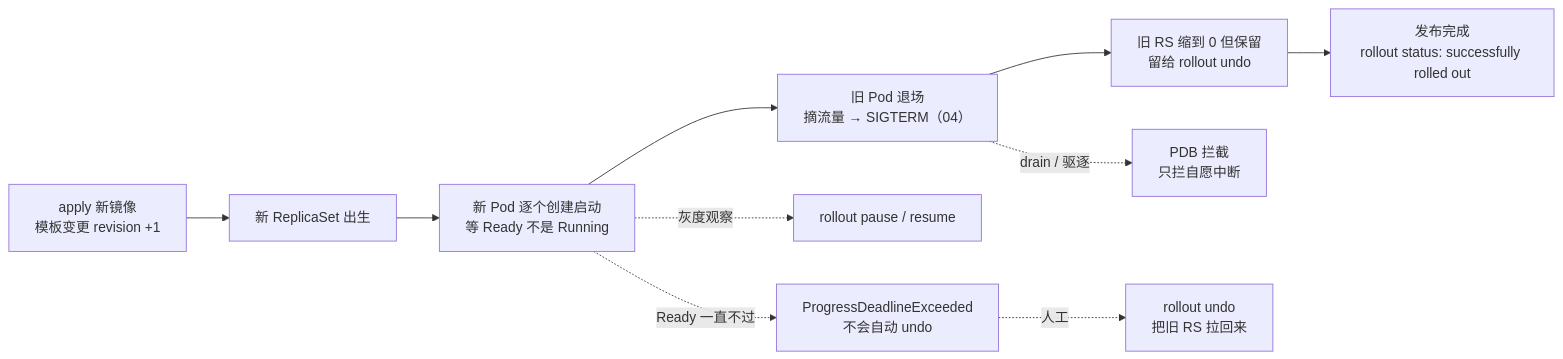
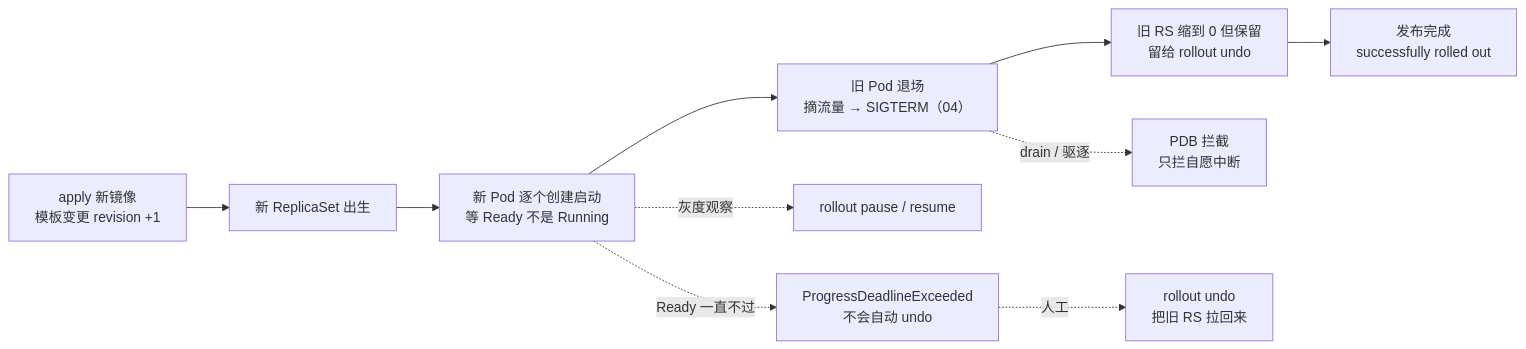
Before and after one commit to ml-cuizijun/LearnToLilith: the first of 7 diagrams in 03-Kubernetes/05-工作负载控制器/知识点.md, drawn with Mermaid. The commit also changed other lines of this file and 178 other files, not shown here.

````diff
--- a/03-Kubernetes/05-工作负载控制器/知识点.md
+++ b/03-Kubernetes/05-工作负载控制器/知识点.md
@@ -19,12 +14,12 @@
 ```mermaid
 flowchart LR
     A["apply 新镜像<br/>模板变更 revision +1"] --> B["新 ReplicaSet 出生"]
     B --> C["新 Pod 逐个创建启动<br/>等 Ready 不是 Running"]
     C --> D["旧 Pod 退场<br/>摘流量 → SIGTERM（04）"]
     D --> E["旧 RS 缩到 0 但保留<br/>留给 rollout undo"]
-    E --> F["发布完成<br/>rollout status: successfully rolled out"]
+    E --> F["发布完成<br/>successfully rolled out"]
     C -.->|灰度观察| P["rollout pause / resume"]
     C -.->|Ready 一直不过| G["ProgressDeadlineExceeded<br/>不会自动 undo"]
     G -.->|人工| U["rollout undo<br/>把旧 RS 拉回来"]
     D -.->|drain / 驱逐| PDB["PDB 拦截<br/>只拦自愿中断"]
 ```
````
